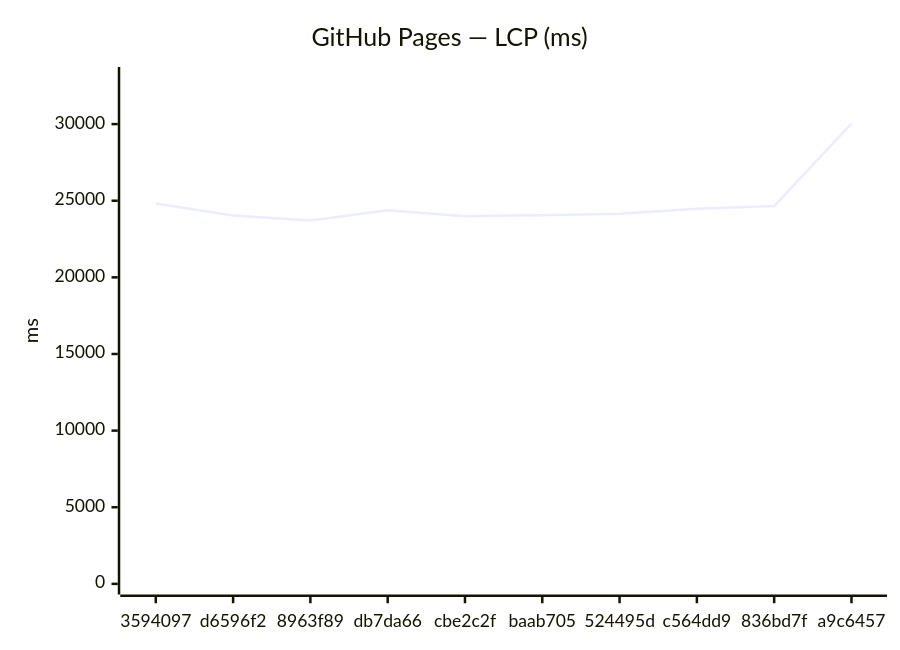
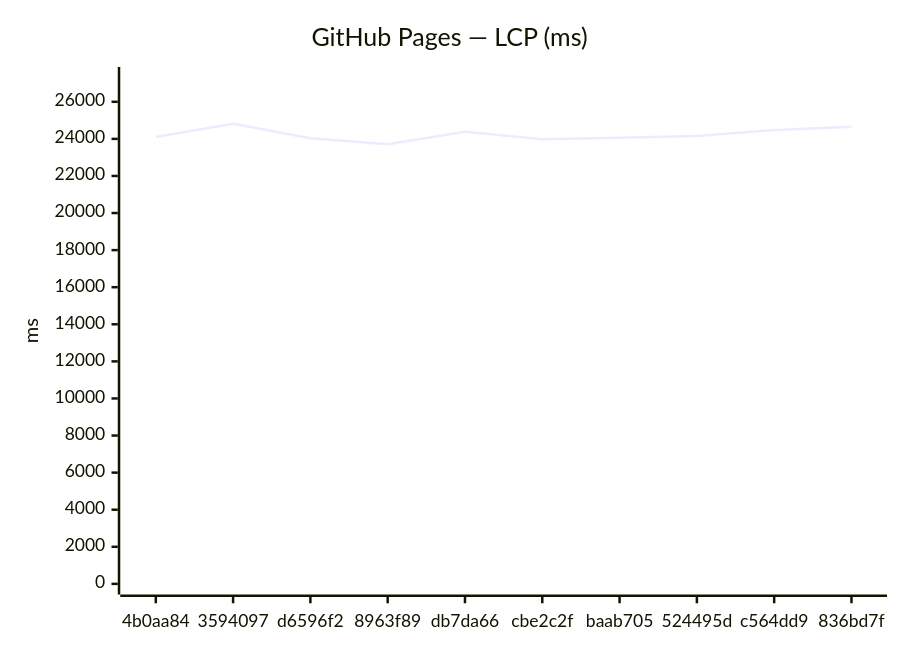
Before and after one commit to Metaheurist/Rianell: the third of 12 diagrams in benchmarks/compare.md, drawn with Mermaid. The commit also changed other lines of this file and 8 other files, not shown here.

````diff
--- a/benchmarks/compare.md
+++ b/benchmarks/compare.md
@@ -54,7 +54,7 @@
 ```mermaid
 xychart-beta
     title "GitHub Pages — LCP (ms)"
-    x-axis ["3594097", "d6596f2", "8963f89", "db7da66", "cbe2c2f", "baab705", "524495d", "c564dd9", "836bd7f", "a9c6457"]
-    y-axis "ms" 0 --> 33032
-    line [24820, 24030, 23715, 24380, 23980, 24058, 24158, 24475, 24652, 30029]
+    x-axis ["4b0aa84", "3594097", "d6596f2", "8963f89", "db7da66", "cbe2c2f", "baab705", "524495d", "c564dd9", "836bd7f"]
+    y-axis "ms" 0 --> 27303
+    line [24101, 24820, 24030, 23715, 24380, 23980, 24058, 24158, 24475, 24652]
 ```
````
